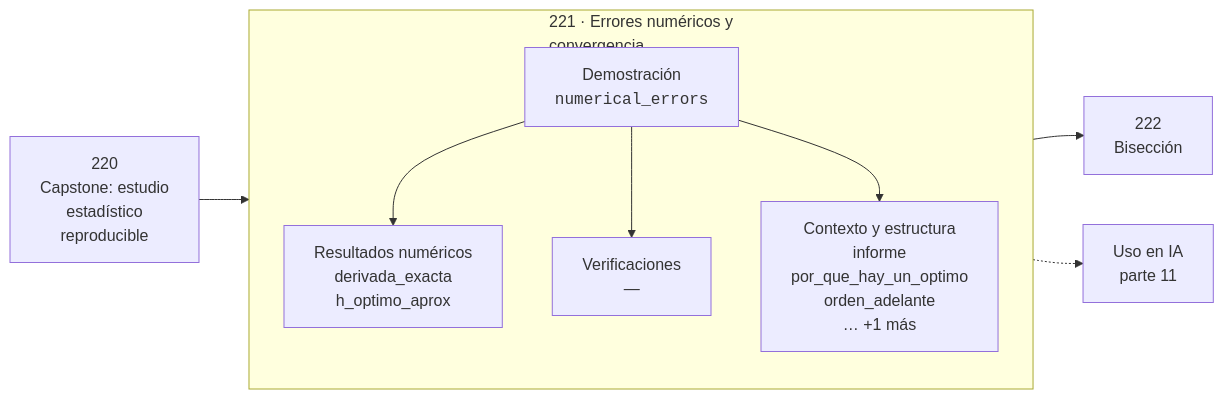
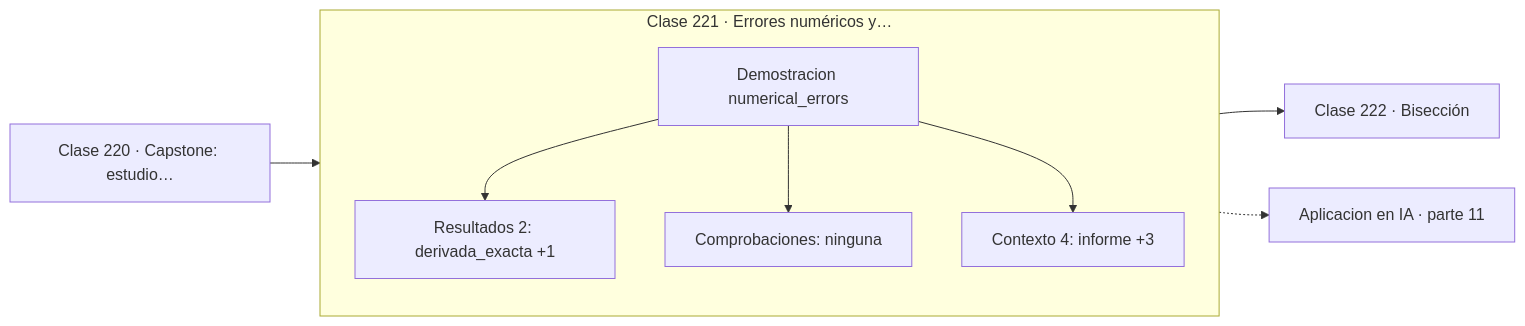
One commit to vladimiracunadev-create/computational-mathematics-program changed the diagram in classes/part-11-metodos-numericos-y-computacion-cientifica/221-errores-numericos-y-convergencia/README.md. Above: the diagram before and after it, drawn with Mermaid. The commit also changed 389 other files, not shown here.

First line of the commit message:
fix(diagramas): elimina el HTML de las etiquetas Mermaid

````diff
--- a/classes/part-11-metodos-numericos-y-computacion-cientifica/221-errores-numericos-y-convergencia/README.md
+++ b/classes/part-11-metodos-numericos-y-computacion-cientifica/221-errores-numericos-y-convergencia/README.md
@@ -30,12 +30,13 @@
 ```mermaid
 flowchart LR
-    P["220<br/>Capstone: estudio<br/>estadístico<br/>reproducible"] --> C
-    subgraph C["221 · Errores numéricos y<br/>convergencia"]
+    P["Clase 220 · Capstone: estudio…"] --> D
+    subgraph CLASE["Clase 221 · Errores numéricos y…"]
         direction TB
-        D["Demostración<br/><code>numerical_errors</code>"] --> R["Resultados numéricos<br/>derivada_exacta<br/>h_optimo_aprox"]
-        D --> V["Verificaciones<br/>—"]
-        D --> O["Contexto y estructura<br/>informe<br/>por_que_hay_un_optimo<br/>orden_adelante<br/>… +1 más"]
+        D["Demostracion numerical_errors"]
+        D --> R["Resultados 2: derivada_exacta +1"]
+        D --> V["Comprobaciones: ninguna"]
+        D --> O["Contexto 4: informe +3"]
     end
-    C --> N["222<br/>Bisección"]
-    C -.-> IA["Uso en IA<br/>parte 11"]
+    R --> N["Clase 222 · Bisección"]
+    V -.-> IA["Aplicacion en IA · parte 11"]
 ```
````
